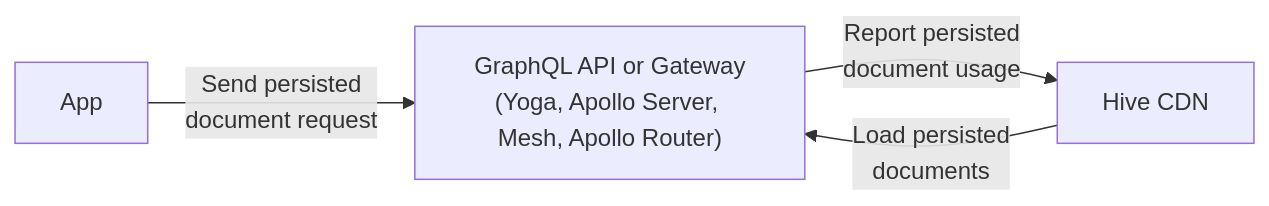
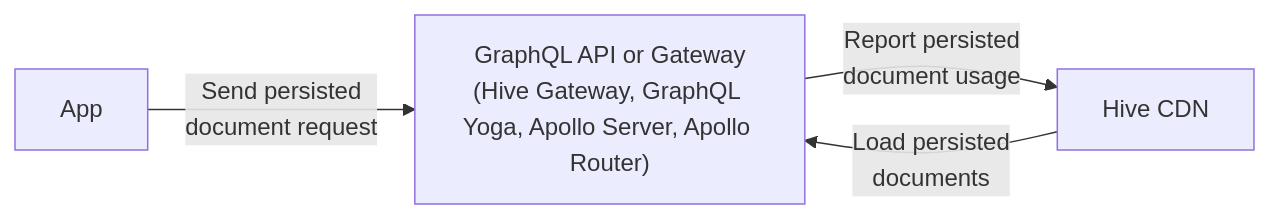
The third of 3 diagrams in packages/web/docs/src/pages/product-updates/2024-07-30-persisted-documents-app-deployments-preview.mdx (kamilkisiela/graphql-hive), drawn with Mermaid before and after one commit. The commit also changed other lines of this file and 161 other files, not shown here.

Commit message:
docs: hive gateway documentation and reorganize documentation (#5291)

````diff
--- a/packages/web/docs/src/pages/product-updates/2024-07-30-persisted-documents-app-deployments-preview.mdx
+++ b/packages/web/docs/src/pages/product-updates/2024-07-30-persisted-documents-app-deployments-preview.mdx
@@ -71,14 +71,14 @@
 ```mermaid
 flowchart LR
     C["GraphQL API or Gateway
-(Yoga, Apollo Server, Mesh, Apollo Router)"]
+(Hive Gateway, GraphQL Yoga, Apollo Server, Apollo Router)"]
     B["Hive CDN"]
     D["App"]
 
     B-- "Load persisted
  documents" --> C
     C-- "Report persisted
  document usage" -->B
     D-- "Send persisted
  document request" -->C
 ```
````
